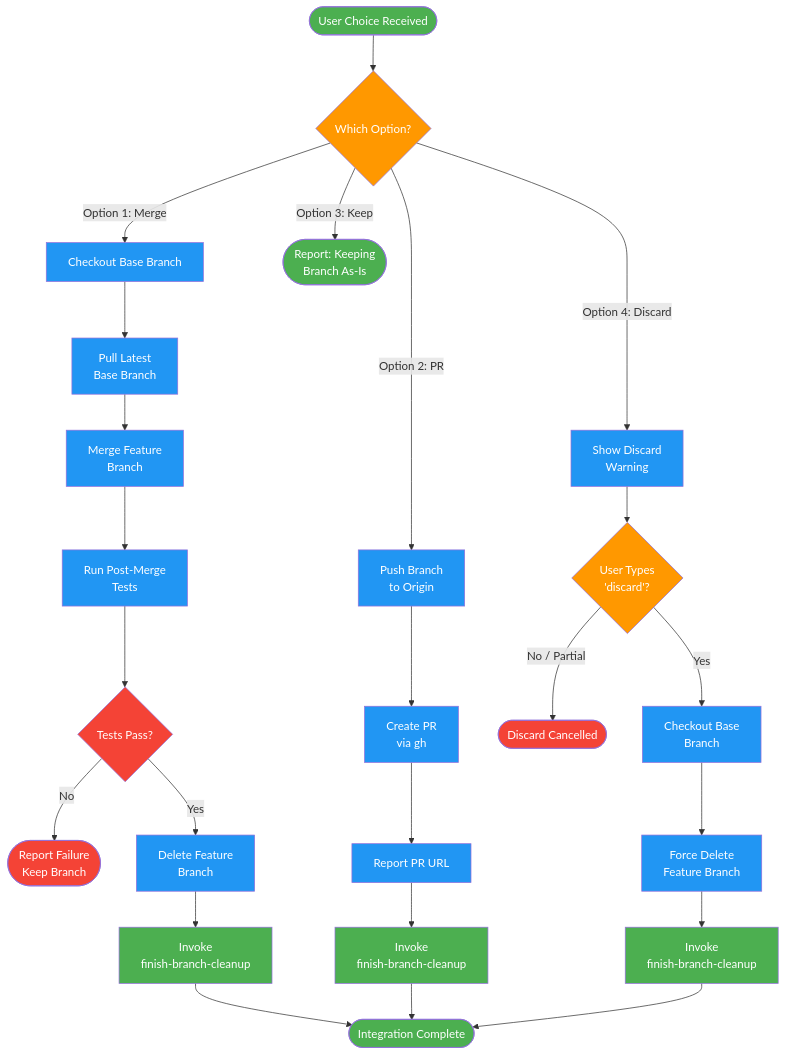
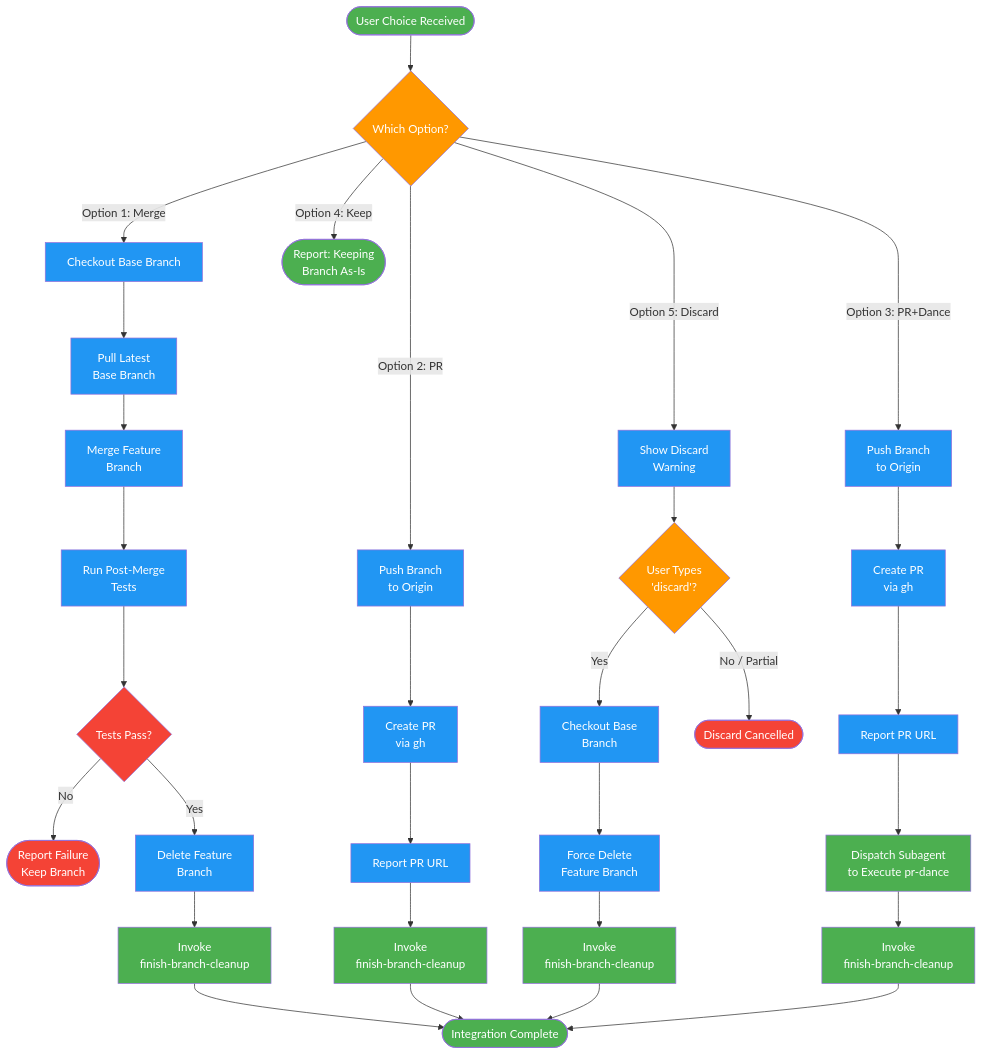
One commit to axiomantic/spellbook changed the diagram in docs/commands/finish-branch-execute.md. Above: the diagram before and after it, drawn with Mermaid. The commit also changed other lines of this file and 12 other files, not shown here.

First line of the commit message:
Add pr-dance command and PR dance integration option

````diff
--- a/docs/commands/finish-branch-execute.md
+++ b/docs/commands/finish-branch-execute.md
@@ -7,49 +5,60 @@
 ```mermaid
 flowchart TD
     Start([User Choice Received]) --> OptionSwitch{"Which Option?"}
     OptionSwitch -->|Option 1: Merge| CheckoutBase["Checkout Base Branch"]
     OptionSwitch -->|Option 2: PR| PushBranch["Push Branch\nto Origin"]
-    OptionSwitch -->|Option 3: Keep| ReportKeep([Report: Keeping\nBranch As-Is])
-    OptionSwitch -->|Option 4: Discard| ShowWarning["Show Discard\nWarning"]
+    OptionSwitch -->|Option 3: PR+Dance| PushBranch2["Push Branch\nto Origin"]
+    OptionSwitch -->|Option 4: Keep| ReportKeep([Report: Keeping\nBranch As-Is])
+    OptionSwitch -->|Option 5: Discard| ShowWarning["Show Discard\nWarning"]
     CheckoutBase --> PullLatest["Pull Latest\nBase Branch"]
     PullLatest --> MergeBranch["Merge Feature\nBranch"]
     MergeBranch --> PostMergeTest["Run Post-Merge\nTests"]
     PostMergeTest --> MergeTestGate{"Tests Pass?"}
     MergeTestGate -->|No| MergeFail([Report Failure\nKeep Branch])
     MergeTestGate -->|Yes| DeleteBranch["Delete Feature\nBranch"]
     DeleteBranch --> ToCleanup1["Invoke\nfinish-branch-cleanup"]
     PushBranch --> CreatePR["Create PR\nvia gh"]
     CreatePR --> ReportURL["Report PR URL"]
     ReportURL --> ToCleanup2["Invoke\nfinish-branch-cleanup"]
+    PushBranch2 --> CreatePR2["Create PR\nvia gh"]
+    CreatePR2 --> ReportURL2["Report PR URL"]
+    ReportURL2 --> ExecutePRDance["Dispatch Subagent\nto Execute pr-dance"]
+    ExecutePRDance --> ToCleanup4["Invoke\nfinish-branch-cleanup"]
     ShowWarning --> TypeConfirm{"User Types\n'discard'?"}
     TypeConfirm -->|No / Partial| RejectDiscard([Discard Cancelled])
     TypeConfirm -->|Yes| CheckoutDiscard["Checkout Base\nBranch"]
     CheckoutDiscard --> ForceDelete["Force Delete\nFeature Branch"]
     ForceDelete --> ToCleanup3["Invoke\nfinish-branch-cleanup"]
     ToCleanup1 --> Done([Integration Complete])
     ToCleanup2 --> Done
     ToCleanup3 --> Done
+    ToCleanup4 --> Done
 
     style Start fill:#4CAF50,color:#fff
     style Done fill:#4CAF50,color:#fff
     style ReportKeep fill:#4CAF50,color:#fff
     style MergeFail fill:#f44336,color:#fff
     style RejectDiscard fill:#f44336,color:#fff
     style CheckoutBase fill:#2196F3,color:#fff
     style PullLatest fill:#2196F3,color:#fff
     style MergeBranch fill:#2196F3,color:#fff
     style PostMergeTest fill:#2196F3,color:#fff
     style DeleteBranch fill:#2196F3,color:#fff
     style PushBranch fill:#2196F3,color:#fff
     style CreatePR fill:#2196F3,color:#fff
     style ReportURL fill:#2196F3,color:#fff
+    style PushBranch2 fill:#2196F3,color:#fff
+    style CreatePR2 fill:#2196F3,color:#fff
+    style ReportURL2 fill:#2196F3,color:#fff
+    style ExecutePRDance fill:#4CAF50,color:#fff
     style ShowWarning fill:#2196F3,color:#fff
     style CheckoutDiscard fill:#2196F3,color:#fff
     style ForceDelete fill:#2196F3,color:#fff
     style ToCleanup1 fill:#4CAF50,color:#fff
     style ToCleanup2 fill:#4CAF50,color:#fff
     style ToCleanup3 fill:#4CAF50,color:#fff
+    style ToCleanup4 fill:#4CAF50,color:#fff
     style OptionSwitch fill:#FF9800,color:#fff
     style TypeConfirm fill:#FF9800,color:#fff
     style MergeTestGate fill:#f44336,color:#fff
 ```
````
